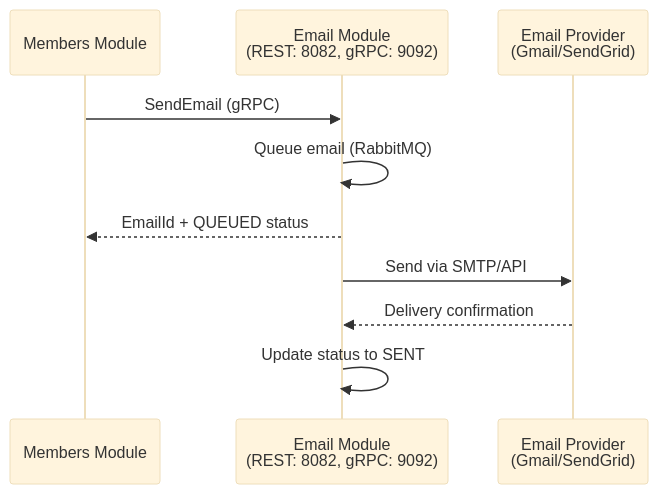
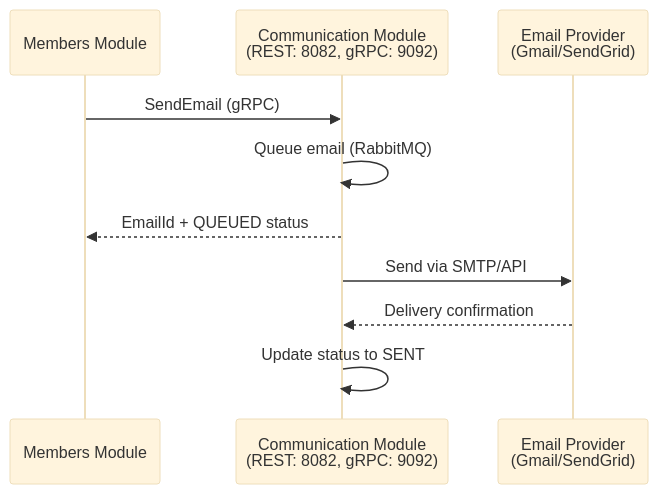
Before and after one commit to GYOM15/ecclesiaflow-communication-module: the diagram in README.md, drawn with Mermaid (base theme). The commit also changed other lines of this file, not shown here.

````diff
--- a/README.md
+++ b/README.md
@@ -45,14 +45,14 @@
 ```mermaid
 sequenceDiagram
     participant Members as Members Module
-    participant Email as Email Module<br/>(REST: 8082, gRPC: 9092)
+    participant Email as Communication Module<br/>(REST: 8082, gRPC: 9092)
     participant Provider as Email Provider<br/>(Gmail/SendGrid)
 
     Members->>Email: SendEmail (gRPC)
     Email->>Email: Queue email (RabbitMQ)
     Email-->>Members: EmailId + QUEUED status
 
     Email->>Provider: Send via SMTP/API
     Provider-->>Email: Delivery confirmation
     Email->>Email: Update status to SENT
 ```
````
